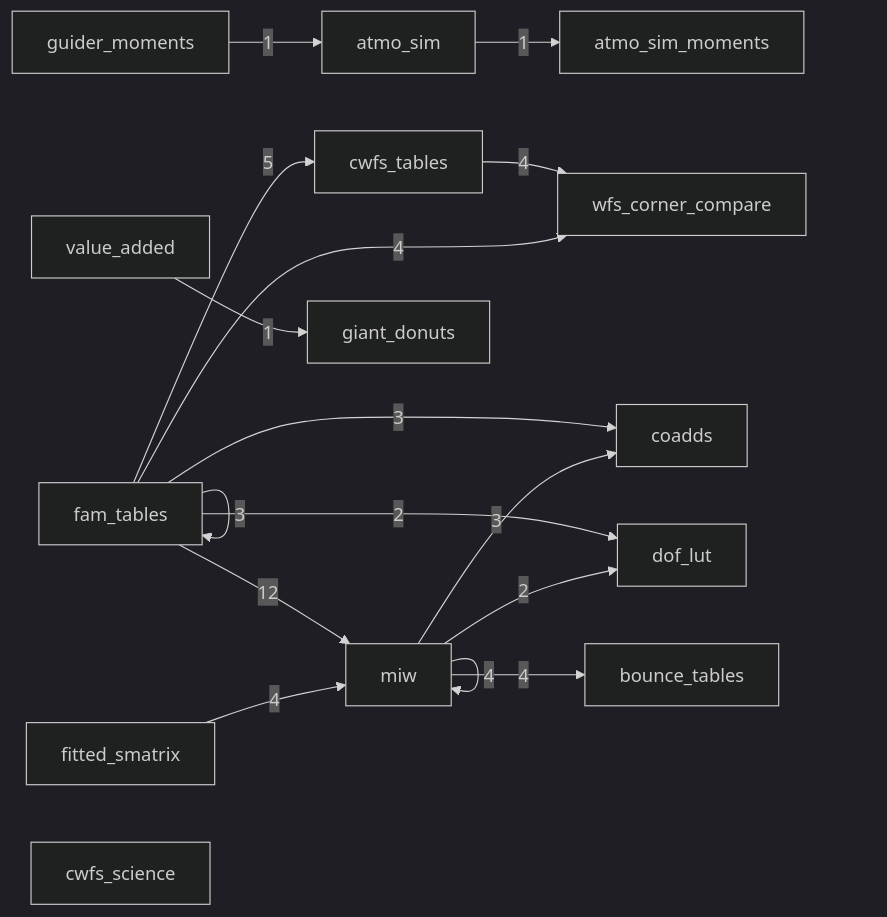
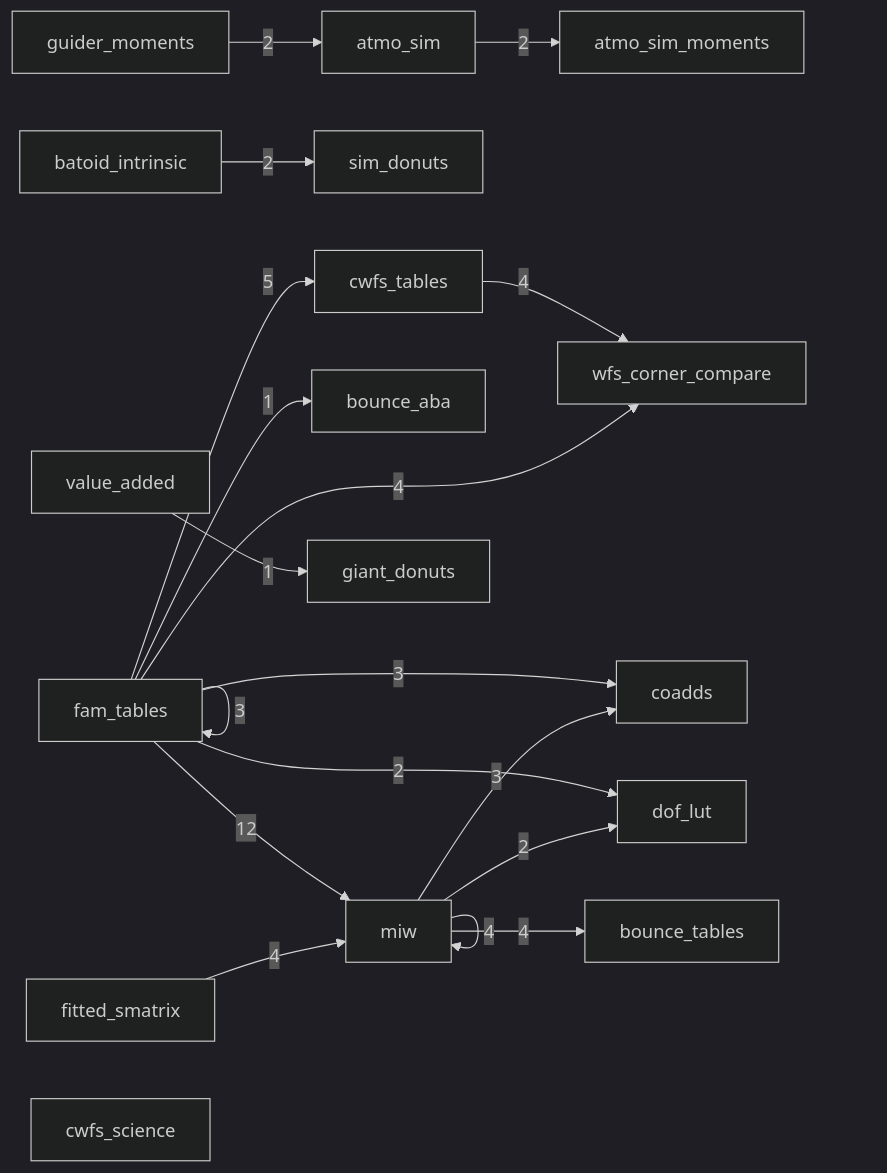
One commit to aaronroodman/rubin-work changed the diagram in PRODUCT_MAP.md. Above: the diagram before and after it, drawn with Mermaid (dark theme). The commit also changed other lines of this file and 12 other files, not shown here.

First line of the commit message:
bounce_aba product (A–B–A, 22/12 batoid built) and 22/12-only PDF

````diff
--- a/PRODUCT_MAP.md
+++ b/PRODUCT_MAP.md
@@ -13,19 +13,21 @@
 ```mermaid
 flowchart LR
-    atmo_sim -->|1| atmo_sim_moments
+    atmo_sim -->|2| atmo_sim_moments
+    batoid_intrinsic -->|2| sim_donuts
     cwfs_tables -->|4| wfs_corner_compare
+    fam_tables -->|1| bounce_aba
     fam_tables -->|3| coadds
     fam_tables -->|5| cwfs_tables
     fam_tables -->|2| dof_lut
     fam_tables -->|3| fam_tables
     fam_tables -->|12| miw
     fam_tables -->|4| wfs_corner_compare
     fitted_smatrix -->|4| miw
-    guider_moments -->|1| atmo_sim
+    guider_moments -->|2| atmo_sim
     miw -->|4| bounce_tables
     miw -->|3| coadds
     miw -->|2| dof_lut
     miw -->|4| miw
     value_added -->|1| giant_donuts
     cwfs_science
 ```
````
